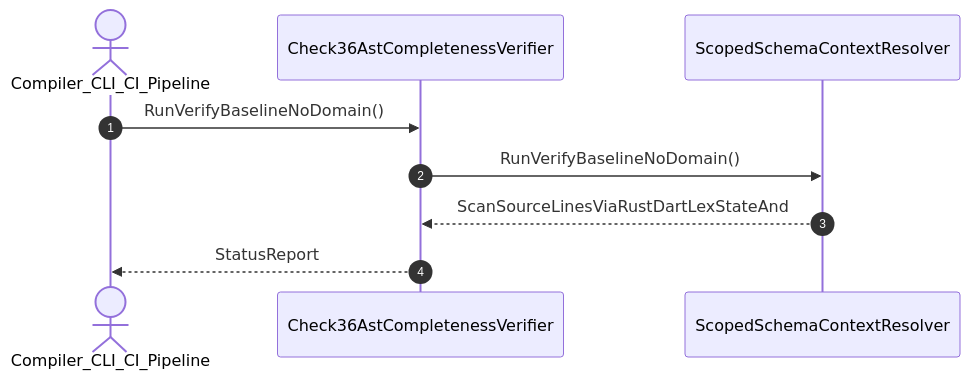
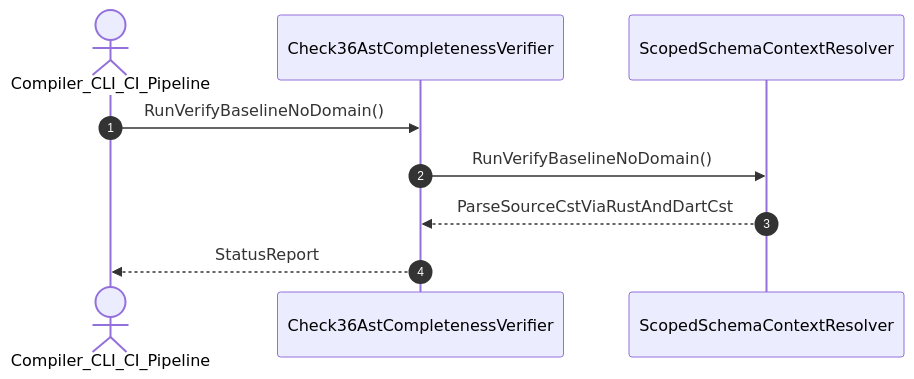
One commit to gintatkinson/DEAP01-spec-core changed the diagram in .pipeline/upstream/docs/user-stories/US-34-RunVerifyBaselineNoDomain.md. Above: the diagram before and after it, drawn with Mermaid. The commit also changed other lines of this file and 196 other files, not shown here.

````diff
--- a/.pipeline/upstream/docs/user-stories/US-34-RunVerifyBaselineNoDomain.md
+++ b/.pipeline/upstream/docs/user-stories/US-34-RunVerifyBaselineNoDomain.md
@@ -37,11 +38,11 @@
 ```mermaid
 sequenceDiagram
     autonumber
     actor Compiler_CLI_CI_Pipeline
     participant Check36AstCompletenessVerifier
     participant ScopedSchemaContextResolver
     Compiler_CLI_CI_Pipeline->>Check36AstCompletenessVerifier: RunVerifyBaselineNoDomain()
     Check36AstCompletenessVerifier->>ScopedSchemaContextResolver: RunVerifyBaselineNoDomain()
-    ScopedSchemaContextResolver-->>Check36AstCompletenessVerifier: ScanSourceLinesViaRustDartLexStateAnd
+    ScopedSchemaContextResolver-->>Check36AstCompletenessVerifier: ParseSourceCstViaRustAndDartCst
     Check36AstCompletenessVerifier-->>Compiler_CLI_CI_Pipeline: StatusReport
 ```
````
